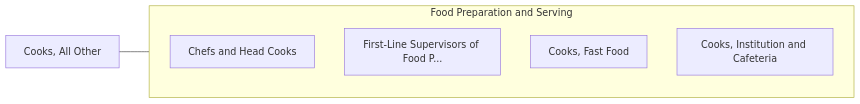
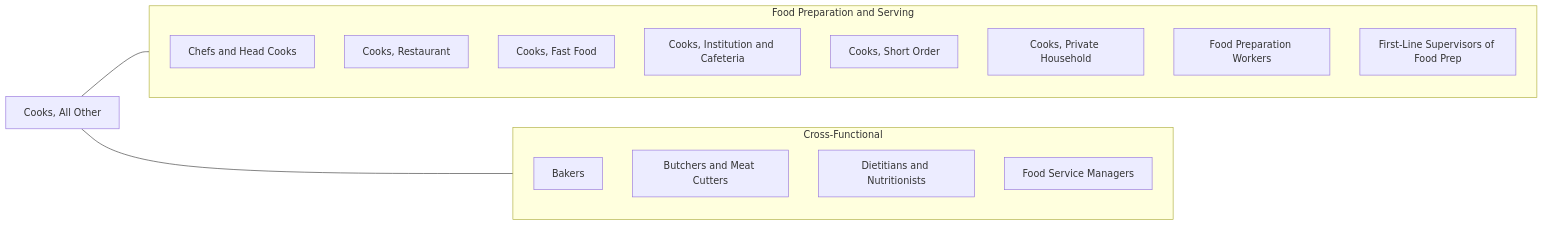
Before and after one commit to kziemski/business.org.ai: the fourth of 4 diagrams in occupations/FoodService/Cooks.mdx, drawn with Mermaid. The commit also changed other lines of this file and 885 other files, not shown here.

````diff
--- a/occupations/FoodService/Cooks.mdx
+++ b/occupations/FoodService/Cooks.mdx
@@ -131,13 +573,25 @@
 ```mermaid
 graph LR
     Current["Cooks, All Other"]
 
     subgraph SameCategory["Food Preparation and Serving"]
         ChefsAndHeadCooks["Chefs and Head Cooks"]
-        FirstLineSupervisors["First-Line Supervisors of Food P..."]
+        CooksRestaurant["Cooks, Restaurant"]
         CooksFastFood["Cooks, Fast Food"]
         CooksInstitutionAndC["Cooks, Institution and Cafeteria"]
+        CooksShortOrder["Cooks, Short Order"]
+        CooksPrivateHousehold["Cooks, Private Household"]
+        FoodPrepWorkers["Food Preparation Workers"]
+        FirstLineSupervisors["First-Line Supervisors of Food Prep"]
+    end
+
+    subgraph CrossFunctional["Cross-Functional"]
+        Bakers["Bakers"]
+        Butchers["Butchers and Meat Cutters"]
+        Dietitians["Dietitians and Nutritionists"]
+        FoodServiceManagers["Food Service Managers"]
     end
 
     Current --- SameCategory
+    Current --- CrossFunctional
 ```
````
